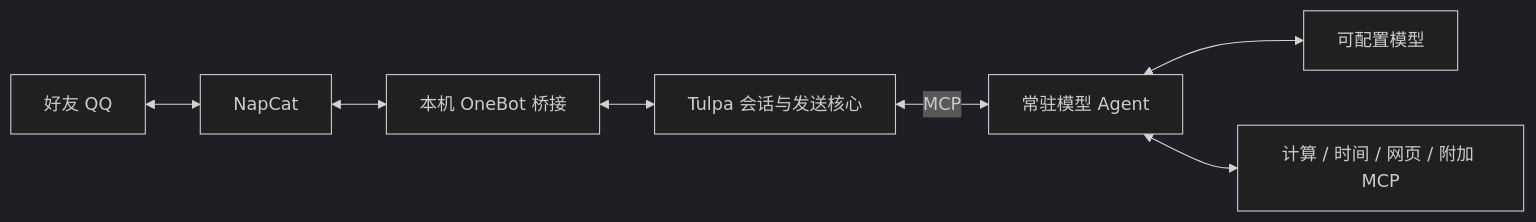
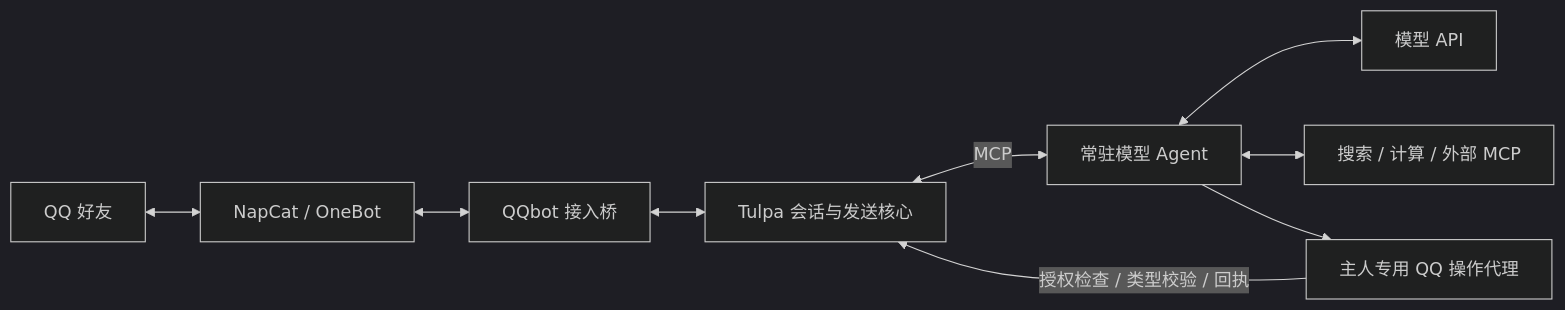
One commit to firefly-of-sky/QQ_bot_firefly changed the diagram in README.md. Above: the diagram before and after it, drawn with Mermaid (dark theme). The commit also changed other lines of this file and 2 other files, not shown here.

Commit message:
docs: prepare GitHub README and exclude local Tulpa settings

````diff
--- a/README.md
+++ b/README.md
@@ -11,9 +25,11 @@
 ```mermaid
 flowchart LR
-  QQ[好友 QQ] <--> N[NapCat]
-  N <--> R[本机 OneBot 桥接]
-  R <--> T[Tulpa 会话与发送核心]
-  T <-->|MCP| A[常驻模型 Agent]
-  A <--> M[可配置模型]
-  A <--> X[计算 / 时间 / 网页 / 附加 MCP]
+    Q[QQ 好友] <--> N[NapCat / OneBot]
+    N <--> R[QQbot 接入桥]
+    R <--> T[Tulpa 会话与发送核心]
+    T <-->|MCP| A[常驻模型 Agent]
+    A <--> L[模型 API]
+    A <--> X[搜索 / 计算 / 外部 MCP]
+    A --> O[主人专用 QQ 操作代理]
+    O -->|授权检查 / 类型校验 / 回执| T
 ```
````
